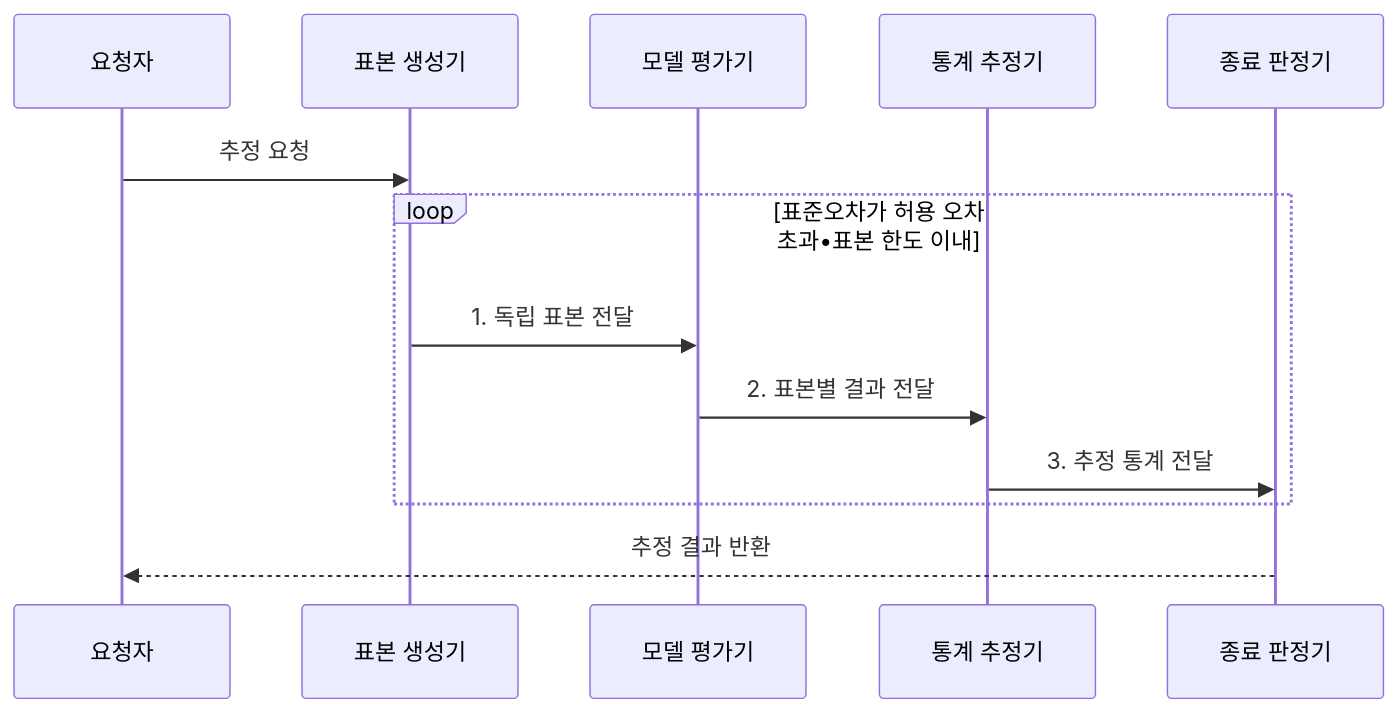
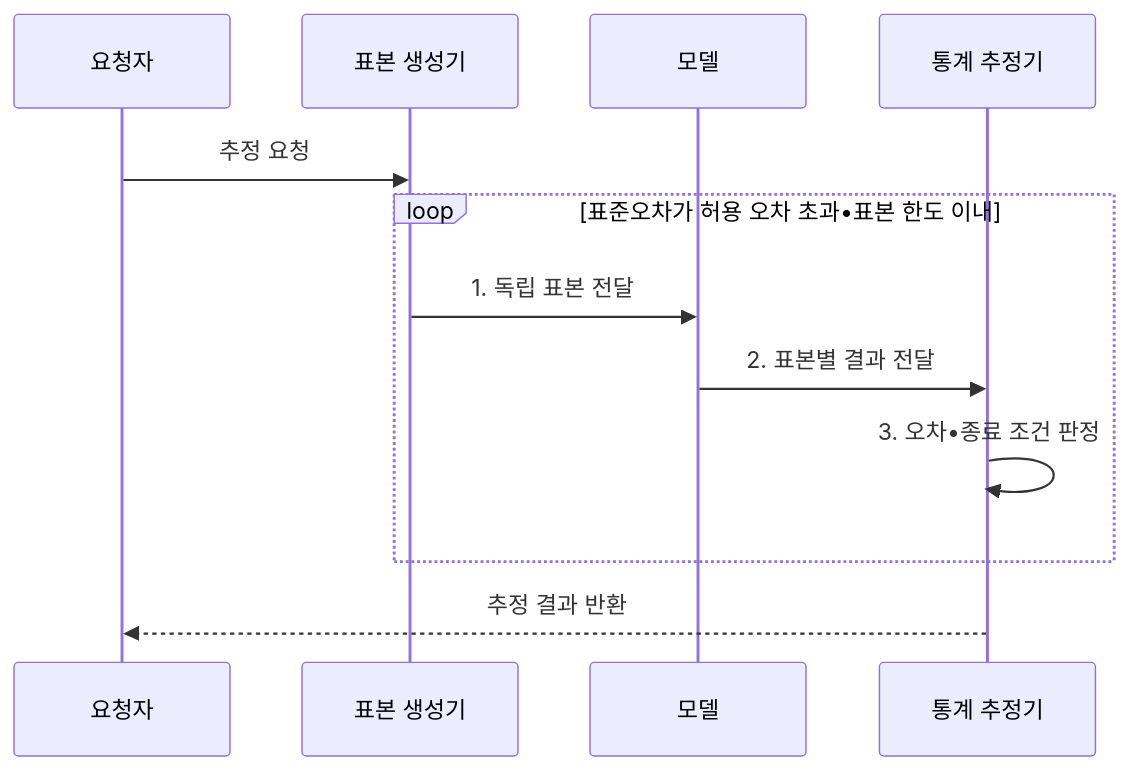
The second of 2 diagrams in src/content/docs/notes/01-basic-theory/017_monte_carlo.md (agnusdei1207/knowledge-base), drawn with Mermaid before and after one commit. The commit also changed other lines of this file and 4 other files, not shown here.

Commit message:
Reduce algorithm flow participants

````diff
--- a/src/content/docs/notes/01-basic-theory/017_monte_carlo.md
+++ b/src/content/docs/notes/01-basic-theory/017_monte_carlo.md
@@ -110,15 +110,14 @@
 ```mermaid
 sequenceDiagram
     participant Q as 요청자
     participant G as 표본 생성기
-    participant M as 모델 평가기
+    participant M as 모델
     participant E as 통계 추정기
-    participant C as 종료 판정기
     Q->>G: 추정 요청
     loop 표준오차가 허용 오차 초과•표본 한도 이내
         G->>M: 1. 독립 표본 전달
         M->>E: 2. 표본별 결과 전달
-        E->>C: 3. 추정 통계 전달
+        E->>E: 3. 오차•종료 조건 판정
     end
-    C-->>Q: 추정 결과 반환
+    E-->>Q: 추정 결과 반환
 ```
````
